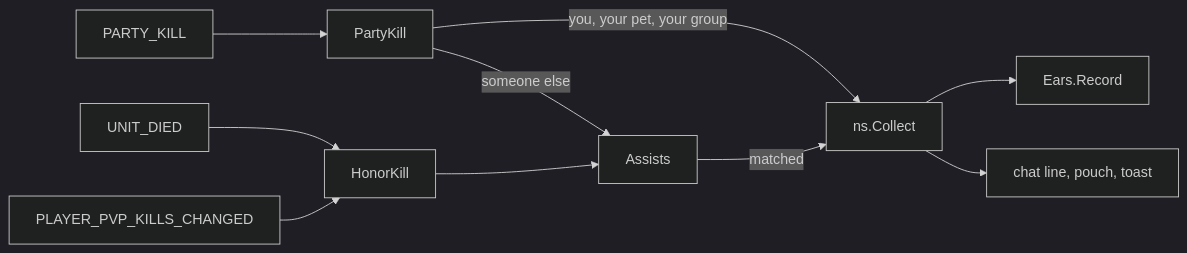
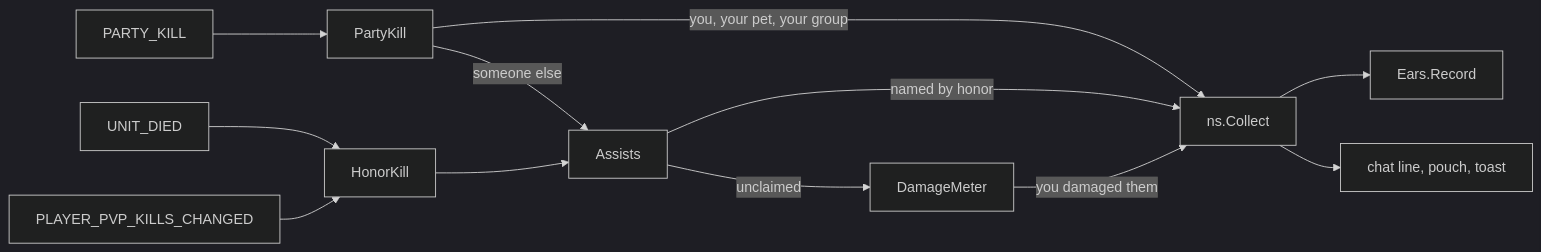
Before and after one commit to AlexaDeWit/Ear-Collector: the diagram in docs/architecture.md, drawn with Mermaid (dark theme). The commit also changed other lines of this file and 19 other files, not shown here.

````diff
--- a/docs/architecture.md
+++ b/docs/architecture.md
@@ -39,12 +39,14 @@
 ```mermaid
 flowchart LR
     PK[PARTY_KILL] --> PartyKill
     UD[UNIT_DIED] --> HonorKill
     HK[PLAYER_PVP_KILLS_CHANGED] --> HonorKill
     PartyKill -->|you, your pet, your group| Collect
     PartyKill -->|someone else| Assists
     HonorKill --> Assists
-    Assists -->|matched| Collect
+    Assists -->|named by honor| Collect
+    Assists -->|unclaimed| DamageMeter
+    DamageMeter -->|you damaged them| Collect
     Collect[ns.Collect] --> Ears[Ears.Record]
     Collect --> UI[chat line, pouch, toast]
 ```
````
